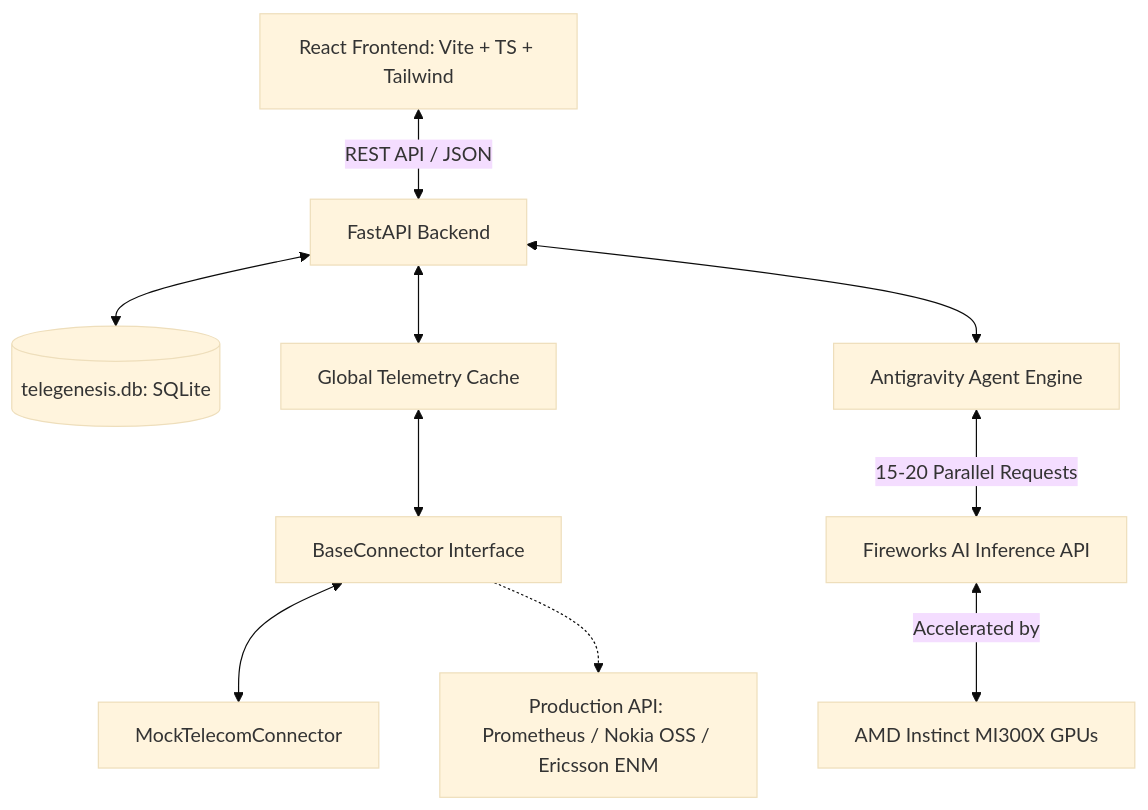
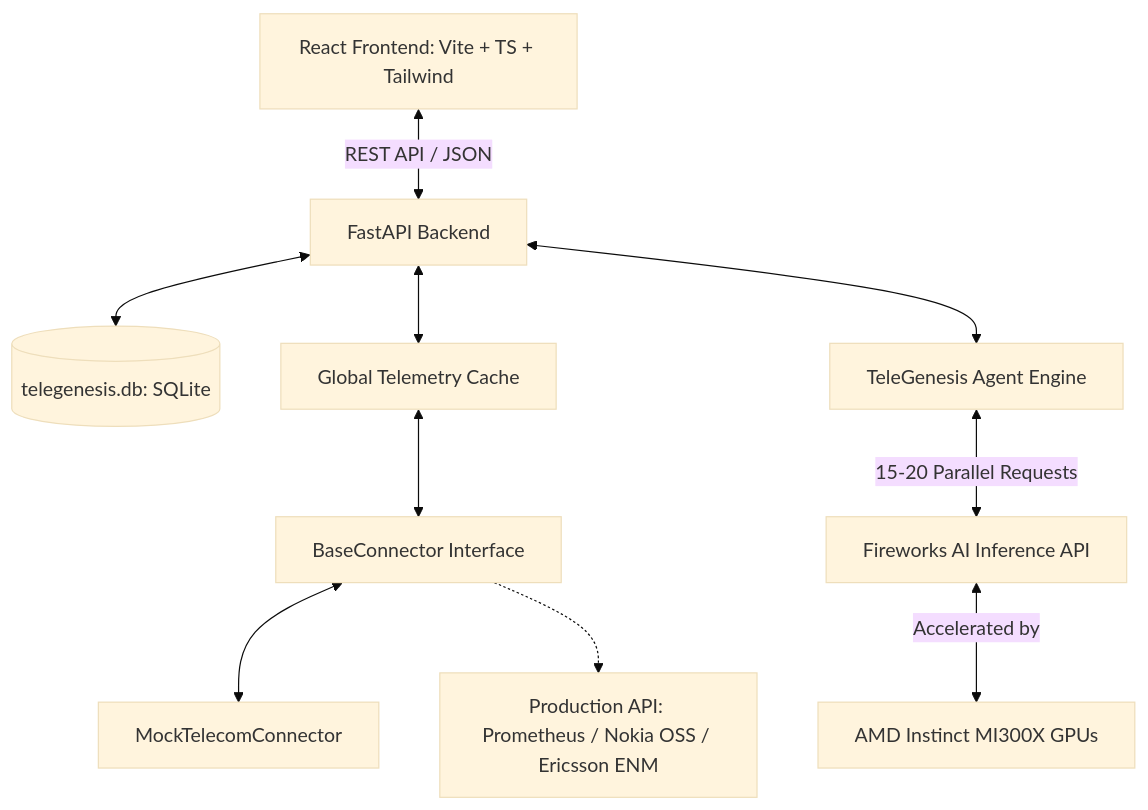
One commit to syedfasihshah19/Teletach-OS changed the first of 2 diagrams in docs/AMD_EVALUATION_WALKTHROUGH.md. Above: the diagram before and after it, drawn with Mermaid (base theme). The commit also changed other lines of this file and 2 other files, not shown here.

````diff
--- a/docs/AMD_EVALUATION_WALKTHROUGH.md
+++ b/docs/AMD_EVALUATION_WALKTHROUGH.md
@@ -11,12 +11,12 @@
 ```mermaid
 graph TD
     UI[React Frontend: Vite + TS + Tailwind] <-->|REST API / JSON| BE[FastAPI Backend]
     BE <--> DB[(telegenesis.db: SQLite)]
     BE <--> Cache[Global Telemetry Cache]
     Cache <--> Connector[BaseConnector Interface]
     Connector <--> Mock[MockTelecomConnector]
     Connector -.-> Real[Production API: Prometheus / Nokia OSS / Ericsson ENM]
-    BE <--> Orchestrator[Antigravity Agent Engine]
+    BE <--> Orchestrator[TeleGenesis Agent Engine]
     Orchestrator <-->|15-20 Parallel Requests| Fireworks[Fireworks AI Inference API]
     Fireworks <-->|Accelerated by| AMD[AMD Instinct MI300X GPUs]
 ```
````
